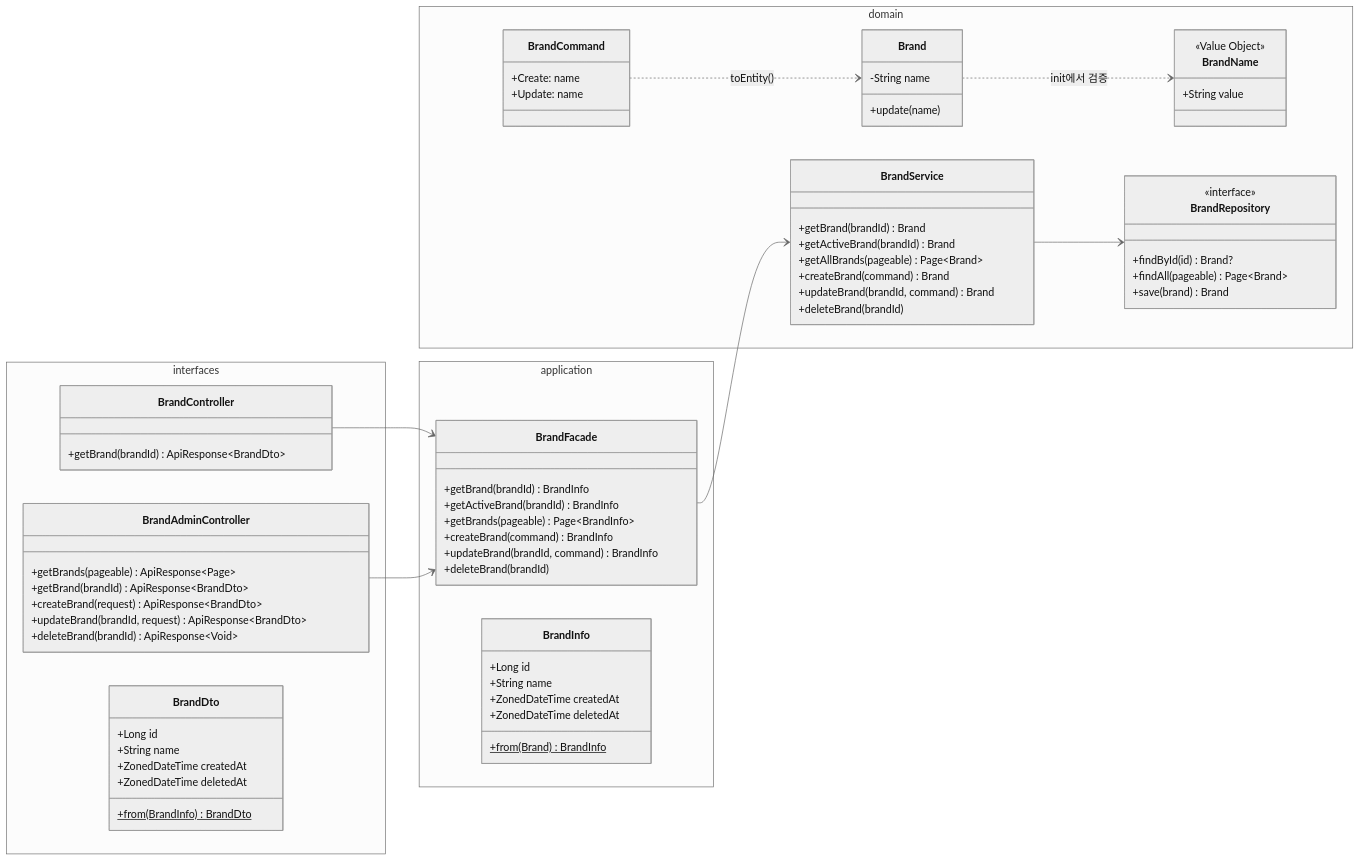
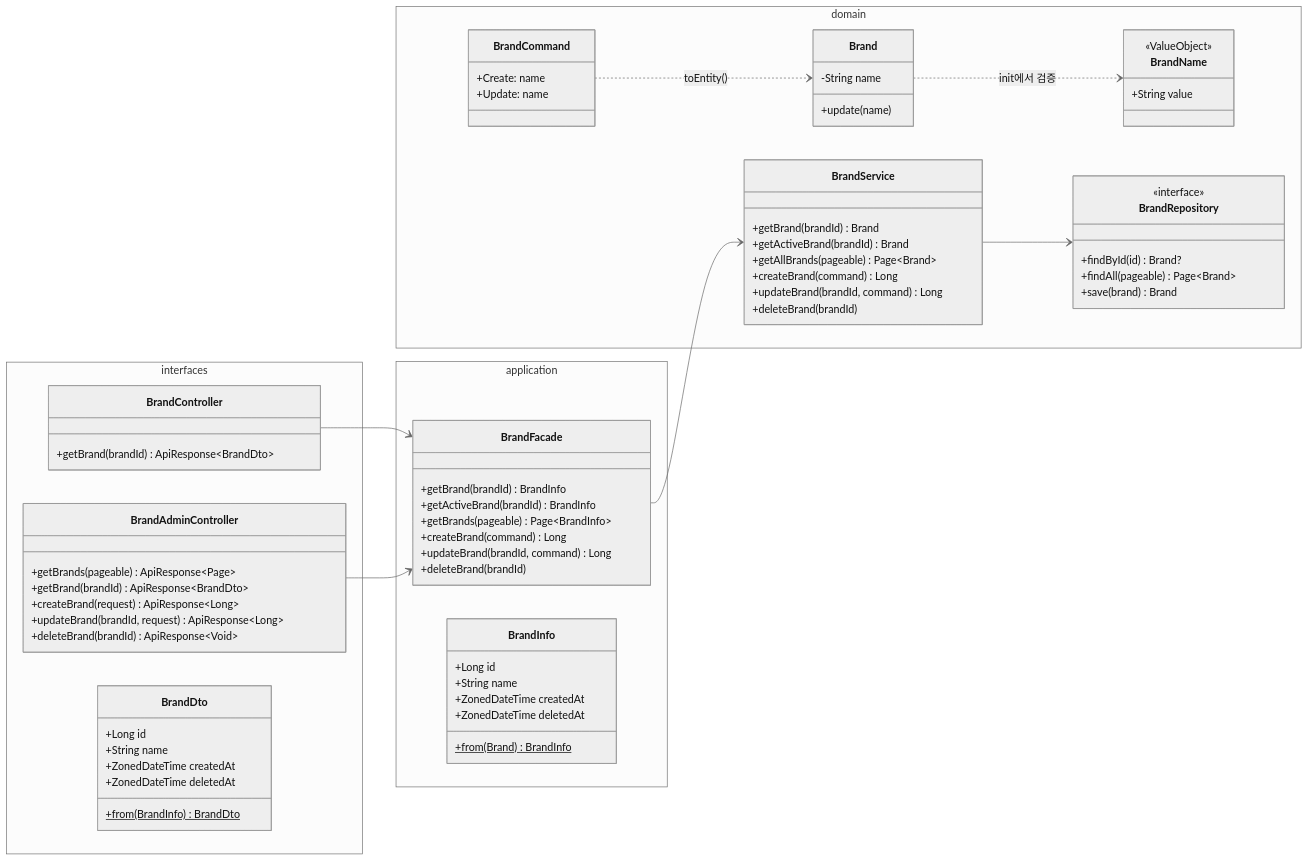
Before and after one commit to Loopers-dev-lab/loop-pack-be-l2-vol3-kotlin: the second of 7 diagrams in docs/design/03-class-diagram.md, drawn with Mermaid (neutral theme). The commit also changed other lines of this file and 4 other files, not shown here.

````diff
--- a/docs/design/03-class-diagram.md
+++ b/docs/design/03-class-diagram.md
@@ -127,78 +128,78 @@
 ```mermaid
 classDiagram
     direction LR
 
     namespace interfaces {
         class BrandController {
             +getBrand(brandId) ApiResponse~BrandDto~
         }
         class BrandAdminController {
             +getBrands(pageable) ApiResponse~Page~
             +getBrand(brandId) ApiResponse~BrandDto~
-            +createBrand(request) ApiResponse~BrandDto~
-            +updateBrand(brandId, request) ApiResponse~BrandDto~
+            +createBrand(request) ApiResponse~Long~
+            +updateBrand(brandId, request) ApiResponse~Long~
             +deleteBrand(brandId) ApiResponse~Void~
         }
         class BrandDto {
             +Long id
             +String name
             +ZonedDateTime createdAt
             +ZonedDateTime deletedAt
             +from(BrandInfo)$ BrandDto
         }
     }
 
     namespace application {
         class BrandFacade {
             +getBrand(brandId) BrandInfo
             +getActiveBrand(brandId) BrandInfo
             +getBrands(pageable) Page~BrandInfo~
-            +createBrand(command) BrandInfo
-            +updateBrand(brandId, command) BrandInfo
+            +createBrand(command) Long
+            +updateBrand(brandId, command) Long
             +deleteBrand(brandId)
         }
         class BrandInfo {
             +Long id
             +String name
             +ZonedDateTime createdAt
             +ZonedDateTime deletedAt
             +from(Brand)$ BrandInfo
         }
     }
 
     namespace domain {
         class Brand {
             -String name
             +update(name)
         }
         class BrandName {
-            <<Value Object>>
+            <<ValueObject>>
             +String value
         }
         class BrandService {
             +getBrand(brandId) Brand
             +getActiveBrand(brandId) Brand
             +getAllBrands(pageable) Page~Brand~
-            +createBrand(command) Brand
-            +updateBrand(brandId, command) Brand
+            +createBrand(command) Long
+            +updateBrand(brandId, command) Long
             +deleteBrand(brandId)
         }
         class BrandRepository {
             <<interface>>
             +findById(id) Brand?
             +findAll(pageable) Page~Brand~
             +save(brand) Brand
         }
         class BrandCommand {
             +Create: name
             +Update: name
         }
     }
 
     BrandController --> BrandFacade
     BrandAdminController --> BrandFacade
     BrandFacade --> BrandService
     BrandService --> BrandRepository
     Brand ..> BrandName : init에서 검증
     BrandCommand ..> Brand : toEntity()
 ```
````
